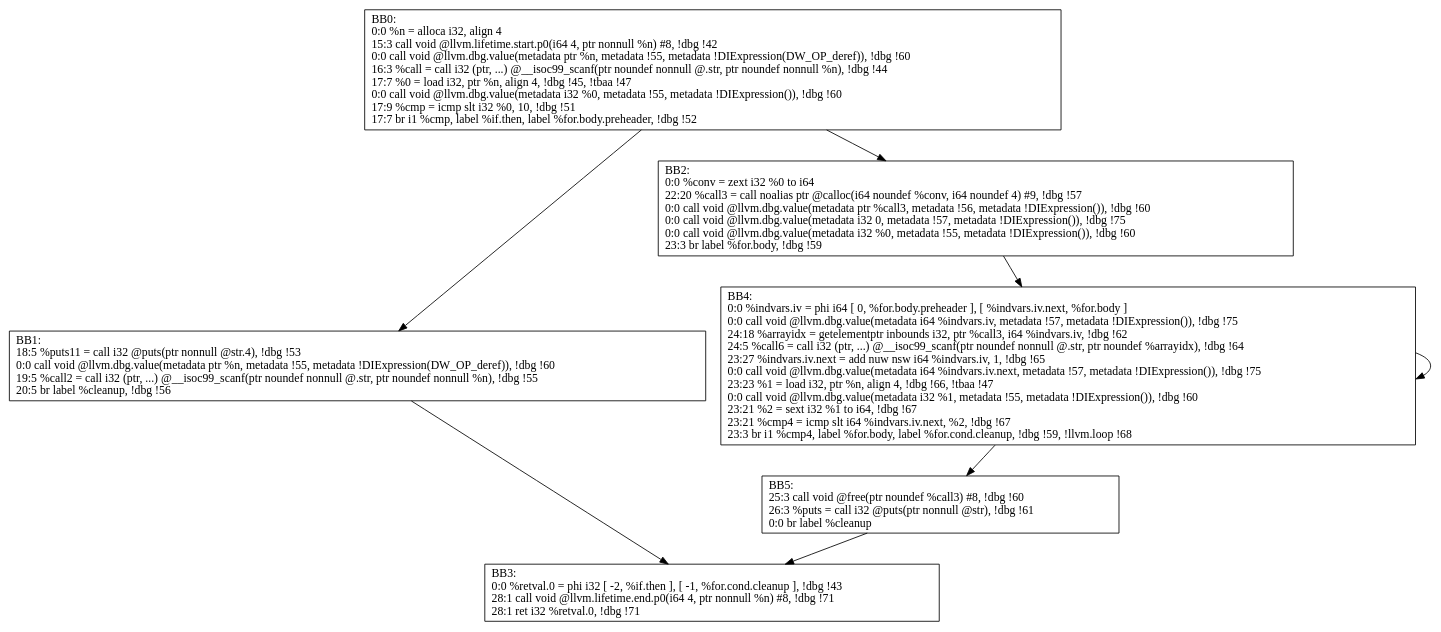
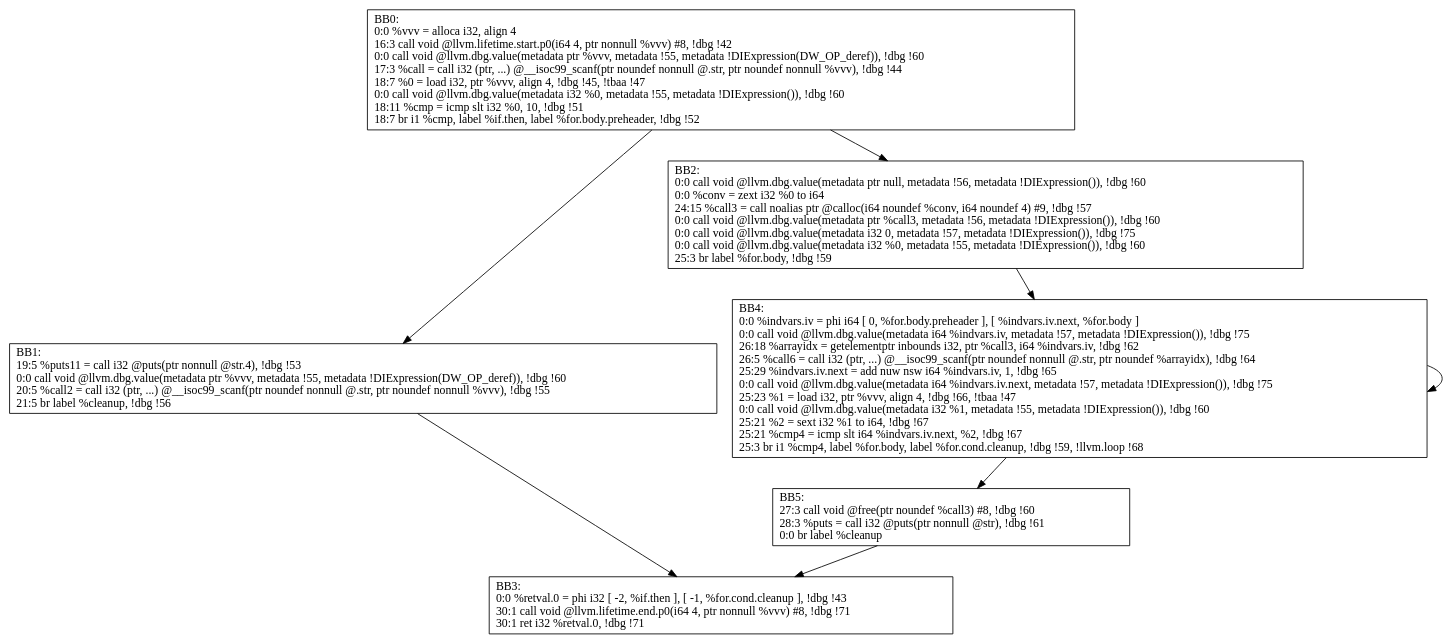
Before and after one commit to M-ouse/FinalDesign: the diagram in output/demo.ll_usep_CFG.dot, drawn with Graphviz. The commit also changed 5 other files, not shown here.

```diff
--- a/output/demo.ll_usep_CFG.dot
+++ b/output/demo.ll_usep_CFG.dot
@@ -1,15 +1,15 @@
 digraph "CFG for'usep' function" {
 	BB0-> BB1;
 	BB0-> BB2;
 	BB1-> BB3;
 	BB2-> BB4;
 	BB4-> BB4;
 	BB4-> BB5;
 	BB5-> BB3;
-	BB0 [shape=record, label="{BB0:\l0:0   %n = alloca i32, align 4\l 15:3   call void @llvm.lifetime.start.p0(i64 4, ptr nonnull %n) #8, !dbg !42\l 0:0   call void @llvm.dbg.value(metadata ptr %n, metadata !55, metadata !DIExpression(DW_OP_deref)), !dbg !60\l 16:3   %call = call i32 (ptr, ...) @__isoc99_scanf(ptr noundef nonnull @.str, ptr noundef nonnull %n), !dbg !44\l 17:7   %0 = load i32, ptr %n, align 4, !dbg !45, !tbaa !47\l 0:0   call void @llvm.dbg.value(metadata i32 %0, metadata !55, metadata !DIExpression()), !dbg !60\l 17:9   %cmp = icmp slt i32 %0, 10, !dbg !51\l 17:7   br i1 %cmp, label %if.then, label %for.body.preheader, !dbg !52\l }"];
-	BB1 [shape=record, label="{BB1:\l18:5   %puts11 = call i32 @puts(ptr nonnull @str.4), !dbg !53\l 0:0   call void @llvm.dbg.value(metadata ptr %n, metadata !55, metadata !DIExpression(DW_OP_deref)), !dbg !60\l 19:5   %call2 = call i32 (ptr, ...) @__isoc99_scanf(ptr noundef nonnull @.str, ptr noundef nonnull %n), !dbg !55\l 20:5   br label %cleanup, !dbg !56\l }"];
-	BB2 [shape=record, label="{BB2:\l0:0   %conv = zext i32 %0 to i64\l 22:20   %call3 = call noalias ptr @calloc(i64 noundef %conv, i64 noundef 4) #9, !dbg !57\l 0:0   call void @llvm.dbg.value(metadata ptr %call3, metadata !56, metadata !DIExpression()), !dbg !60\l 0:0   call void @llvm.dbg.value(metadata i32 0, metadata !57, metadata !DIExpression()), !dbg !75\l 0:0   call void @llvm.dbg.value(metadata i32 %0, metadata !55, metadata !DIExpression()), !dbg !60\l 23:3   br label %for.body, !dbg !59\l }"];
-	BB3 [shape=record, label="{BB3:\l0:0   %retval.0 = phi i32 [ -2, %if.then ], [ -1, %for.cond.cleanup ], !dbg !43\l 28:1   call void @llvm.lifetime.end.p0(i64 4, ptr nonnull %n) #8, !dbg !71\l 28:1   ret i32 %retval.0, !dbg !71\l }"];
-	BB4 [shape=record, label="{BB4:\l0:0   %indvars.iv = phi i64 [ 0, %for.body.preheader ], [ %indvars.iv.next, %for.body ]\l 0:0   call void @llvm.dbg.value(metadata i64 %indvars.iv, metadata !57, metadata !DIExpression()), !dbg !75\l 24:18   %arrayidx = getelementptr inbounds i32, ptr %call3, i64 %indvars.iv, !dbg !62\l 24:5   %call6 = call i32 (ptr, ...) @__isoc99_scanf(ptr noundef nonnull @.str, ptr noundef %arrayidx), !dbg !64\l 23:27   %indvars.iv.next = add nuw nsw i64 %indvars.iv, 1, !dbg !65\l 0:0   call void @llvm.dbg.value(metadata i64 %indvars.iv.next, metadata !57, metadata !DIExpression()), !dbg !75\l 23:23   %1 = load i32, ptr %n, align 4, !dbg !66, !tbaa !47\l 0:0   call void @llvm.dbg.value(metadata i32 %1, metadata !55, metadata !DIExpression()), !dbg !60\l 23:21   %2 = sext i32 %1 to i64, !dbg !67\l 23:21   %cmp4 = icmp slt i64 %indvars.iv.next, %2, !dbg !67\l 23:3   br i1 %cmp4, label %for.body, label %for.cond.cleanup, !dbg !59, !llvm.loop !68\l }"];
-	BB5 [shape=record, label="{BB5:\l25:3   call void @free(ptr noundef %call3) #8, !dbg !60\l 26:3   %puts = call i32 @puts(ptr nonnull @str), !dbg !61\l 0:0   br label %cleanup\l }"];
+	BB0 [shape=record, label="{BB0:\l0:0   %vvv = alloca i32, align 4\l 16:3   call void @llvm.lifetime.start.p0(i64 4, ptr nonnull %vvv) #8, !dbg !42\l 0:0   call void @llvm.dbg.value(metadata ptr %vvv, metadata !55, metadata !DIExpression(DW_OP_deref)), !dbg !60\l 17:3   %call = call i32 (ptr, ...) @__isoc99_scanf(ptr noundef nonnull @.str, ptr noundef nonnull %vvv), !dbg !44\l 18:7   %0 = load i32, ptr %vvv, align 4, !dbg !45, !tbaa !47\l 0:0   call void @llvm.dbg.value(metadata i32 %0, metadata !55, metadata !DIExpression()), !dbg !60\l 18:11   %cmp = icmp slt i32 %0, 10, !dbg !51\l 18:7   br i1 %cmp, label %if.then, label %for.body.preheader, !dbg !52\l }"];
+	BB1 [shape=record, label="{BB1:\l19:5   %puts11 = call i32 @puts(ptr nonnull @str.4), !dbg !53\l 0:0   call void @llvm.dbg.value(metadata ptr %vvv, metadata !55, metadata !DIExpression(DW_OP_deref)), !dbg !60\l 20:5   %call2 = call i32 (ptr, ...) @__isoc99_scanf(ptr noundef nonnull @.str, ptr noundef nonnull %vvv), !dbg !55\l 21:5   br label %cleanup, !dbg !56\l }"];
+	BB2 [shape=record, label="{BB2:\l0:0   call void @llvm.dbg.value(metadata ptr null, metadata !56, metadata !DIExpression()), !dbg !60\l 0:0   %conv = zext i32 %0 to i64\l 24:15   %call3 = call noalias ptr @calloc(i64 noundef %conv, i64 noundef 4) #9, !dbg !57\l 0:0   call void @llvm.dbg.value(metadata ptr %call3, metadata !56, metadata !DIExpression()), !dbg !60\l 0:0   call void @llvm.dbg.value(metadata i32 0, metadata !57, metadata !DIExpression()), !dbg !75\l 0:0   call void @llvm.dbg.value(metadata i32 %0, metadata !55, metadata !DIExpression()), !dbg !60\l 25:3   br label %for.body, !dbg !59\l }"];
+	BB3 [shape=record, label="{BB3:\l0:0   %retval.0 = phi i32 [ -2, %if.then ], [ -1, %for.cond.cleanup ], !dbg !43\l 30:1   call void @llvm.lifetime.end.p0(i64 4, ptr nonnull %vvv) #8, !dbg !71\l 30:1   ret i32 %retval.0, !dbg !71\l }"];
+	BB4 [shape=record, label="{BB4:\l0:0   %indvars.iv = phi i64 [ 0, %for.body.preheader ], [ %indvars.iv.next, %for.body ]\l 0:0   call void @llvm.dbg.value(metadata i64 %indvars.iv, metadata !57, metadata !DIExpression()), !dbg !75\l 26:18   %arrayidx = getelementptr inbounds i32, ptr %call3, i64 %indvars.iv, !dbg !62\l 26:5   %call6 = call i32 (ptr, ...) @__isoc99_scanf(ptr noundef nonnull @.str, ptr noundef %arrayidx), !dbg !64\l 25:29   %indvars.iv.next = add nuw nsw i64 %indvars.iv, 1, !dbg !65\l 0:0   call void @llvm.dbg.value(metadata i64 %indvars.iv.next, metadata !57, metadata !DIExpression()), !dbg !75\l 25:23   %1 = load i32, ptr %vvv, align 4, !dbg !66, !tbaa !47\l 0:0   call void @llvm.dbg.value(metadata i32 %1, metadata !55, metadata !DIExpression()), !dbg !60\l 25:21   %2 = sext i32 %1 to i64, !dbg !67\l 25:21   %cmp4 = icmp slt i64 %indvars.iv.next, %2, !dbg !67\l 25:3   br i1 %cmp4, label %for.body, label %for.cond.cleanup, !dbg !59, !llvm.loop !68\l }"];
+	BB5 [shape=record, label="{BB5:\l27:3   call void @free(ptr noundef %call3) #8, !dbg !60\l 28:3   %puts = call i32 @puts(ptr nonnull @str), !dbg !61\l 0:0   br label %cleanup\l }"];
 }
```
